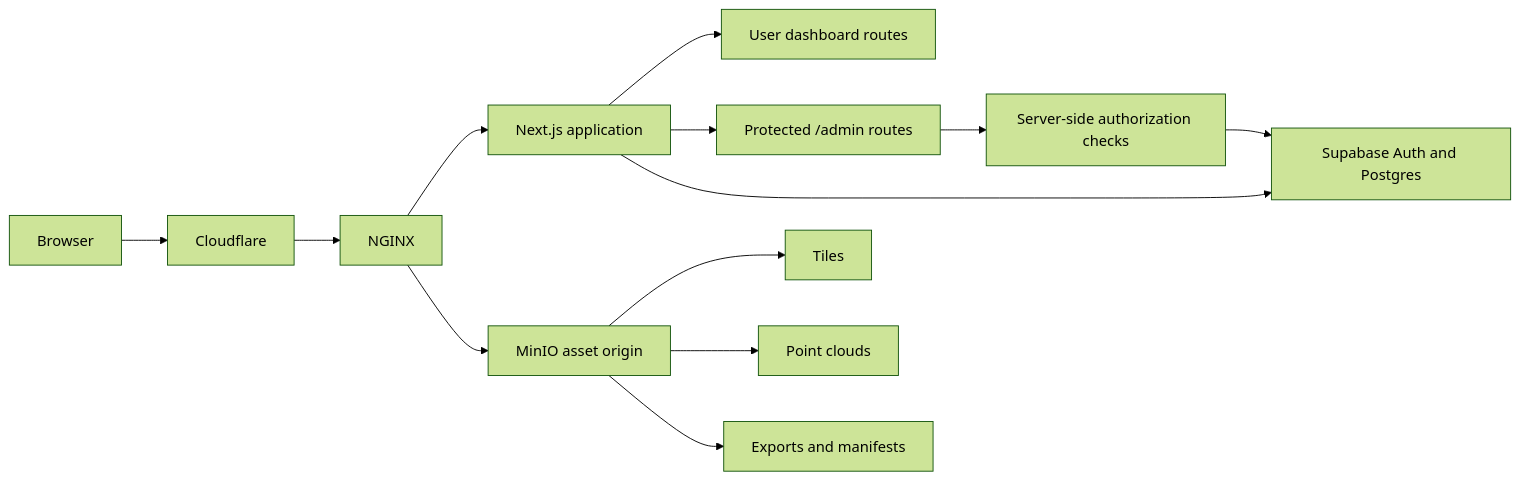
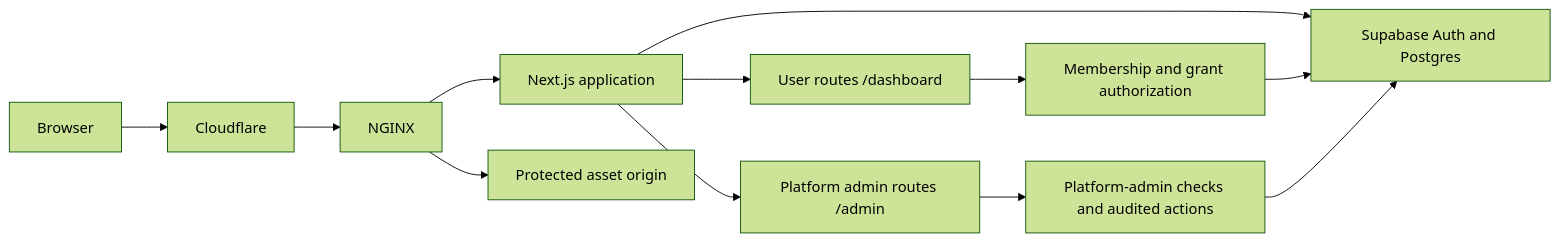
Before and after one commit to deinehawks/hawks-webapp: the diagram in docs/admin-dashboard-integration-plan.md, drawn with Mermaid (forest theme). The commit also changed other lines of this file and 34 other files, not shown here.

````diff
--- a/docs/admin-dashboard-integration-plan.md
+++ b/docs/admin-dashboard-integration-plan.md
@@ -78,18 +48,16 @@
 ```mermaid
 flowchart LR
     U[Browser] --> C[Cloudflare]
     C --> N[NGINX]
     N --> A[Next.js application]
-    N --> O[MinIO asset origin]
+    N --> O[Protected asset origin]
 
-    A --> P[User dashboard routes]
-    A --> D[Protected /admin routes]
+    A --> D[User routes /dashboard]
+    A --> P[Platform admin routes /admin]
     A --> S[Supabase Auth and Postgres]
 
-    D --> R[Server-side authorization checks]
-    R --> S
-
-    O --> T[Tiles]
-    O --> PC[Point clouds]
-    O --> E[Exports and manifests]
+    D --> R1[Membership and grant authorization]
+    P --> R2[Platform-admin checks and audited actions]
+    R1 --> S
+    R2 --> S
 ```
````
